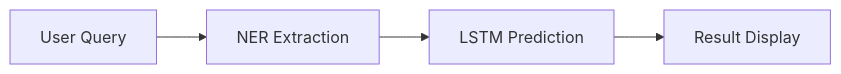
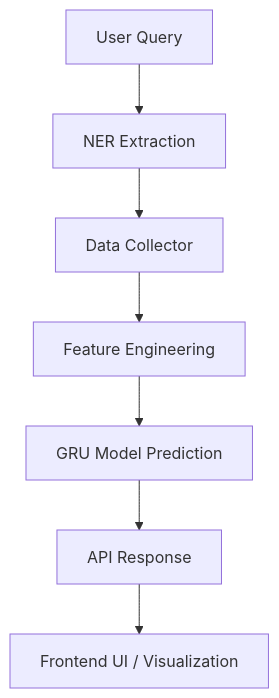
Before and after one commit to ratanyadav3/AI-Powered-Stock-Prediction: the diagram in readme.md, drawn with Mermaid. The commit also changed other lines of this file, not shown here.

````diff
--- a/readme.md
+++ b/readme.md
@@ -60,6 +50,9 @@
 ```mermaid
-flowchart LR
+flowchart TD
     A[User Query] --> B[NER Extraction]
-    B --> C[LSTM Prediction]
-    C --> D[Result Display]
- ```
+    B --> C[Data Collector]
+    C --> D[Feature Engineering]
+    D --> E[GRU Model Prediction]
+    E --> F[API Response]
+    F --> G[Frontend UI / Visualization]
+```
````
